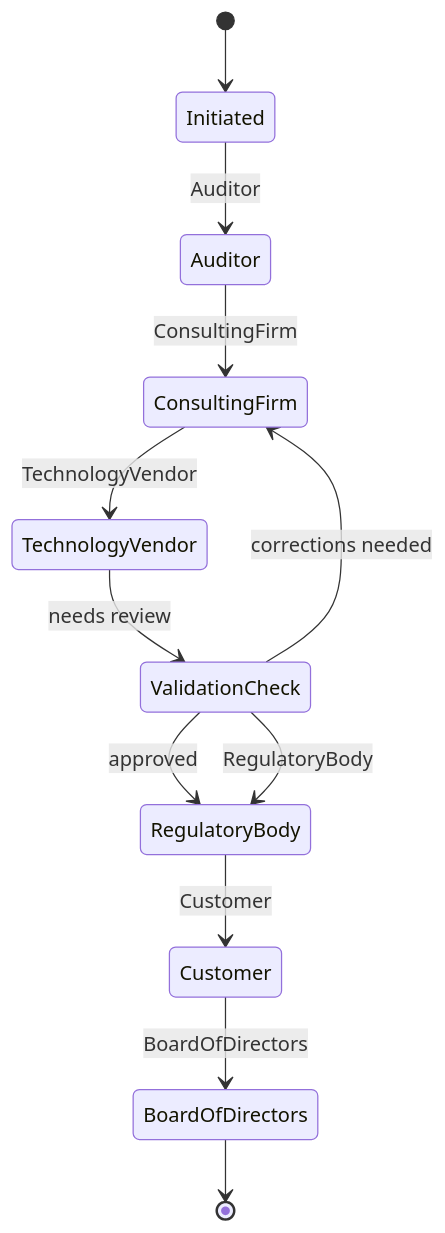
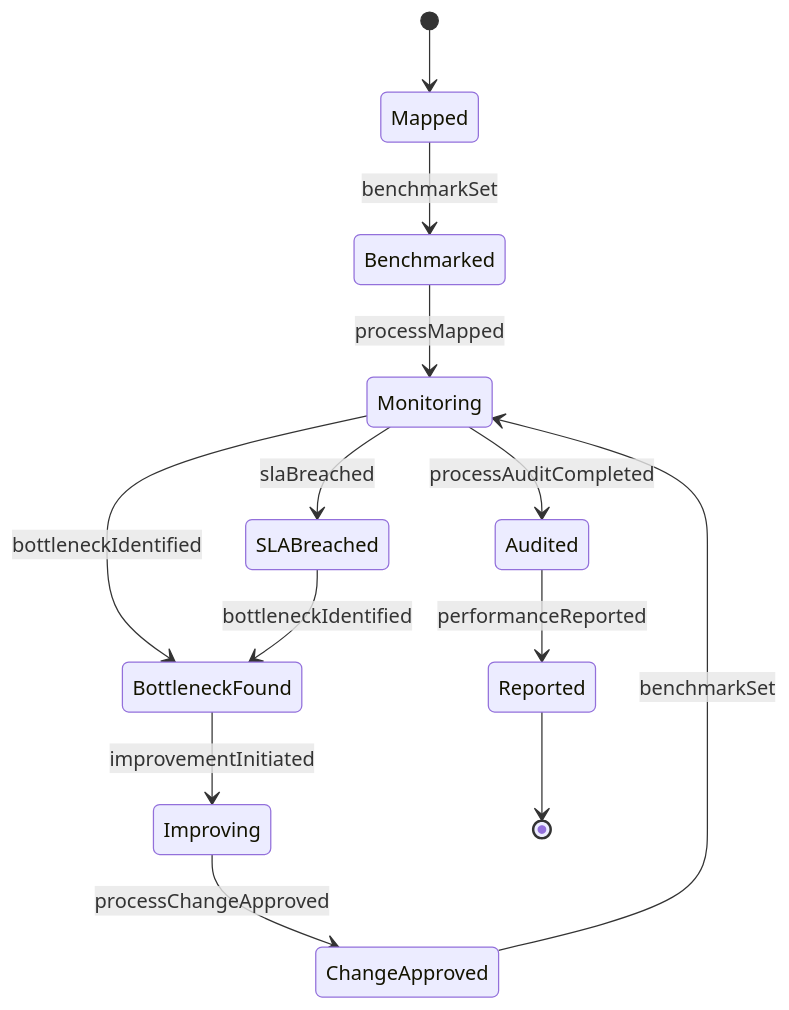
One commit to dot-org-ai/tasks.org.ai changed the second of 4 diagrams in GuidingDirectingAndMotivatingSubordinates/DirectOrganizationalOperationsActivitiesOrProcedures/OverseeBusinessProcesses.mdx. Above: the diagram before and after it, drawn with Mermaid. The commit also changed other lines of this file and 515 other files, not shown here.

````diff
--- a/GuidingDirectingAndMotivatingSubordinates/DirectOrganizationalOperationsActivitiesOrProcedures/OverseeBusinessProcesses.mdx
+++ b/GuidingDirectingAndMotivatingSubordinates/DirectOrganizationalOperationsActivitiesOrProcedures/OverseeBusinessProcesses.mdx
@@ -104,14 +108,15 @@
 ```mermaid
 stateDiagram-v2
-    [*] --> Initiated
-    Initiated --> Auditor: Auditor
-    Auditor --> ConsultingFirm: ConsultingFirm
-    ConsultingFirm --> TechnologyVendor: TechnologyVendor
-    TechnologyVendor --> ValidationCheck: needs review
-    ValidationCheck --> ConsultingFirm: corrections needed
-    ValidationCheck --> RegulatoryBody: approved
-    ValidationCheck --> RegulatoryBody: RegulatoryBody
-    RegulatoryBody --> Customer: Customer
-    Customer --> BoardOfDirectors: BoardOfDirectors
-    BoardOfDirectors --> [*]
+    [*] --> Mapped
+    Mapped --> Benchmarked : benchmarkSet
+    Benchmarked --> Monitoring : processMapped
+    Monitoring --> BottleneckFound : bottleneckIdentified
+    BottleneckFound --> Improving : improvementInitiated
+    Improving --> ChangeApproved : processChangeApproved
+    ChangeApproved --> Monitoring : benchmarkSet
+    Monitoring --> Audited : processAuditCompleted
+    Monitoring --> SLABreached : slaBreached
+    SLABreached --> BottleneckFound : bottleneckIdentified
+    Audited --> Reported : performanceReported
+    Reported --> [*]
 ```
````
